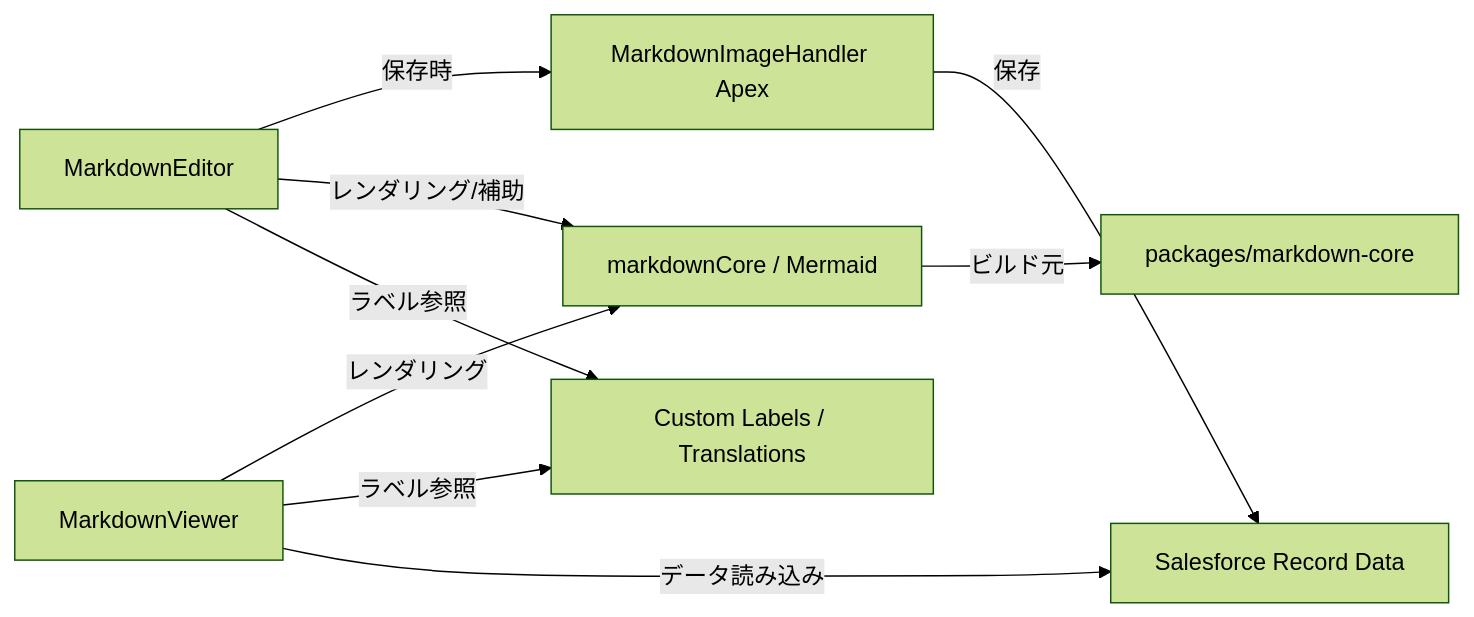
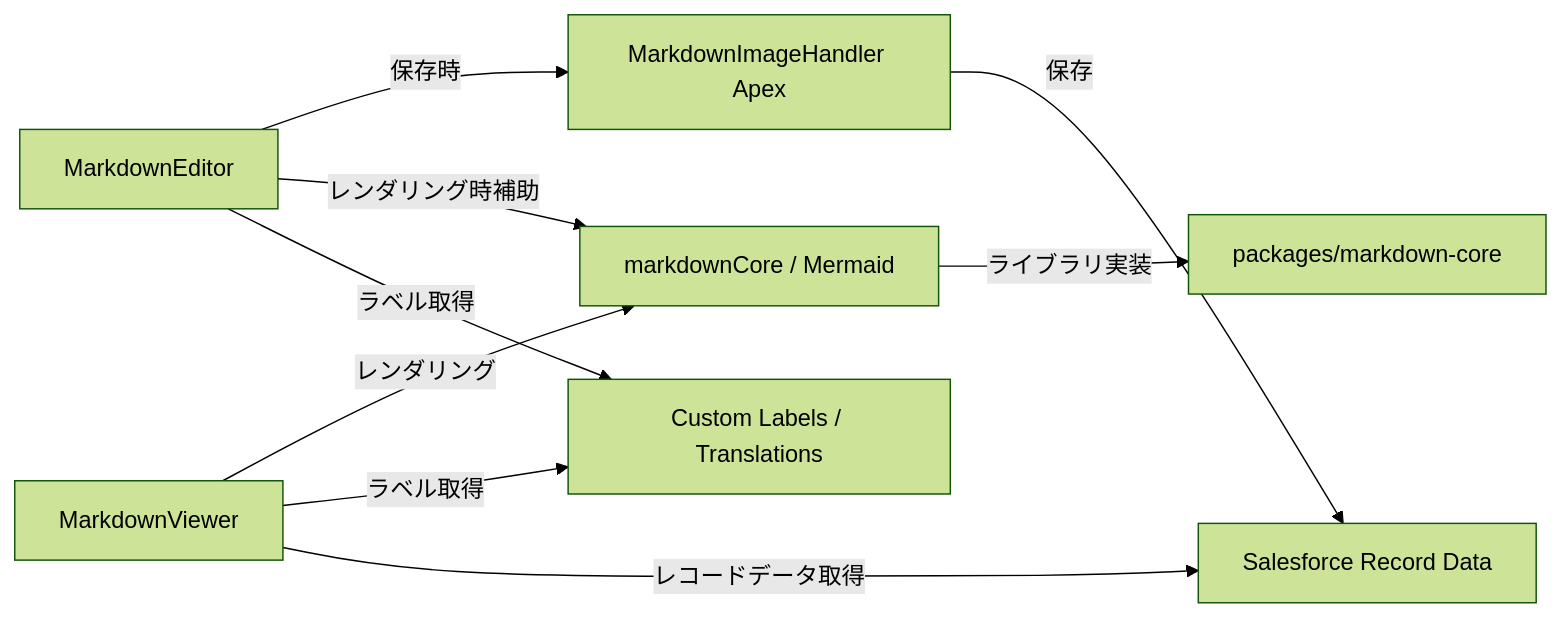
Before and after one commit to jsugawara-keizu/sf-markdown-editor: the diagram in docs/markdown-components.md, drawn with Mermaid (forest theme). The commit also changed other lines of this file and 1 other file, not shown here.

````diff
--- a/docs/markdown-components.md
+++ b/docs/markdown-components.md
@@ -47,19 +50,19 @@
 ```mermaid
 flowchart LR
   E[MarkdownEditor]
   V[MarkdownViewer]
   A[MarkdownImageHandler Apex]
   MC[markdownCore / Mermaid]
   P[packages/markdown-core]
   L[Custom Labels / Translations]
   R[Salesforce Record Data]
 
   E -->|保存時| A
   A -->|保存| R
-  E -->|レンダリング/補助| MC
+  E -->|レンダリング時補助| MC
   V -->|レンダリング| MC
-  MC -->|ビルド元| P
-  E -->|ラベル参照| L
-  V -->|ラベル参照| L
-  V -->|データ読み込み| R
+  MC -->|ライブラリ実装| P
+  E -->|ラベル取得| L
+  V -->|ラベル取得| L
+  V -->|レコードデータ取得| R
 ```
````
